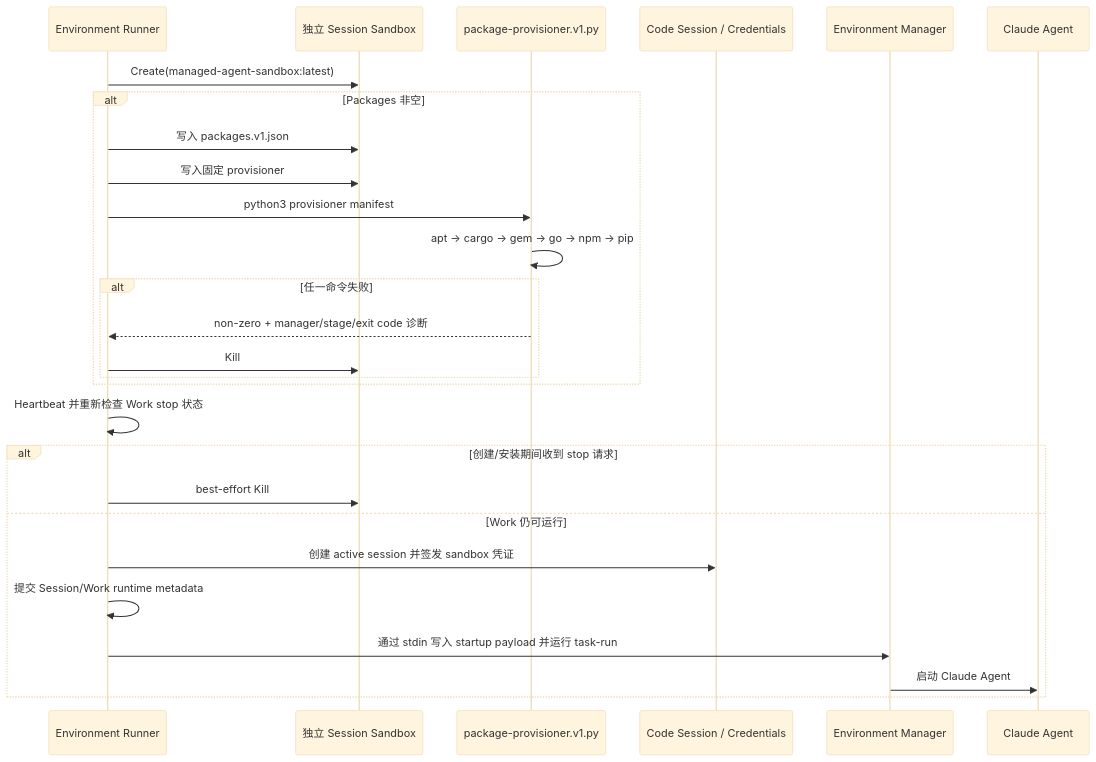
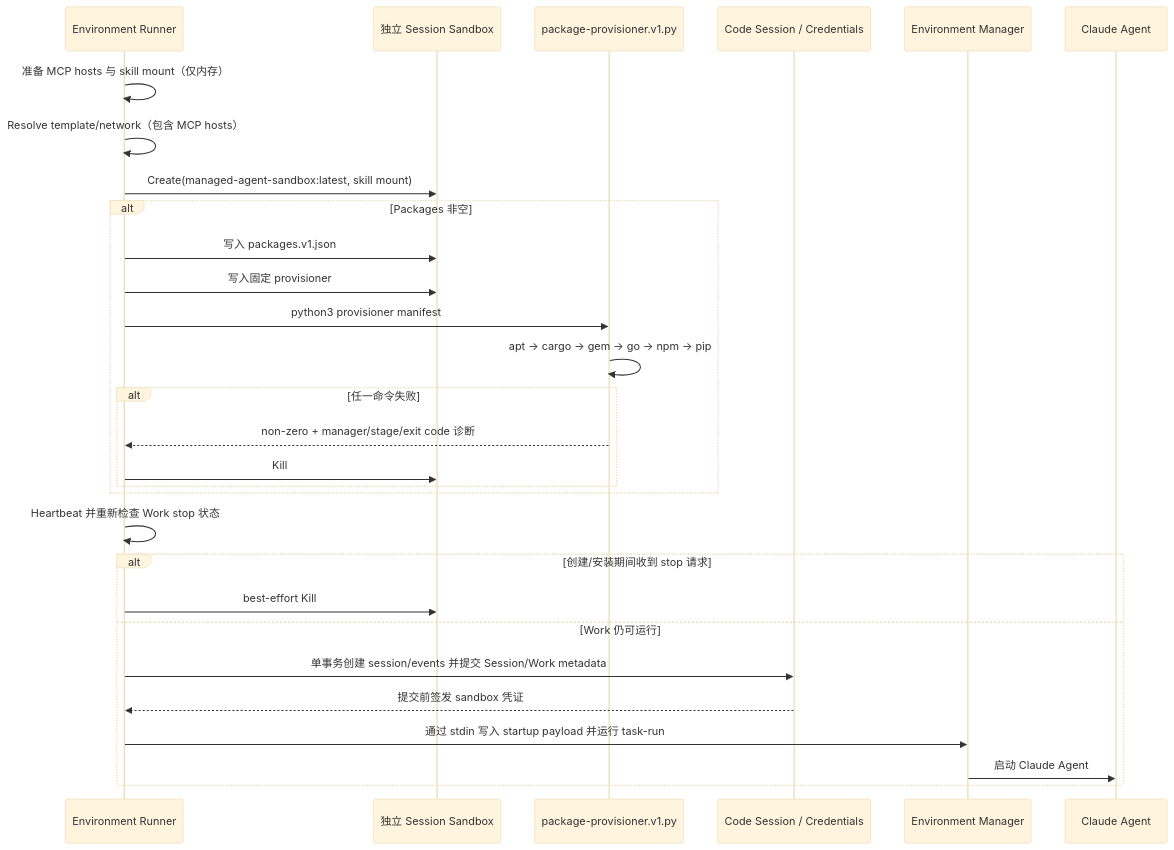
Before and after one commit to superduck-ai/open-managed-agents: the diagram in docs/design/be/environment-package-provisioning.md, drawn with Mermaid (base theme). The commit also changed other lines of this file and 11 other files, not shown here.

Commit message:
make managed agent launch commit atomic

````diff
--- a/docs/design/be/environment-package-provisioning.md
+++ b/docs/design/be/environment-package-provisioning.md
@@ -17,30 +17,32 @@
 ```mermaid
 sequenceDiagram
     participant Runner as Environment Runner
     participant E2B as 独立 Session Sandbox
     participant Provisioner as package-provisioner.v1.py
     participant CodeSession as Code Session / Credentials
     participant Manager as Environment Manager
     participant Agent as Claude Agent
 
-    Runner->>E2B: Create(managed-agent-sandbox:latest)
+    Runner->>Runner: 准备 MCP hosts 与 skill mount（仅内存）
+    Runner->>Runner: Resolve template/network（包含 MCP hosts）
+    Runner->>E2B: Create(managed-agent-sandbox:latest, skill mount)
     alt Packages 非空
         Runner->>E2B: 写入 packages.v1.json
         Runner->>E2B: 写入固定 provisioner
         Runner->>Provisioner: python3 provisioner manifest
         Provisioner->>Provisioner: apt → cargo → gem → go → npm → pip
         alt 任一命令失败
             Provisioner-->>Runner: non-zero + manager/stage/exit code 诊断
             Runner->>E2B: Kill
         end
     end
     Runner->>Runner: Heartbeat 并重新检查 Work stop 状态
     alt 创建/安装期间收到 stop 请求
         Runner->>E2B: best-effort Kill
     else Work 仍可运行
-        Runner->>CodeSession: 创建 active session 并签发 sandbox 凭证
-        Runner->>Runner: 提交 Session/Work runtime metadata
+        Runner->>CodeSession: 单事务创建 session/events 并提交 Session/Work metadata
+        CodeSession-->>Runner: 提交前签发 sandbox 凭证
         Runner->>Manager: 通过 stdin 写入 startup payload 并运行 task-run
         Manager->>Agent: 启动 Claude Agent
     end
 ```
````
